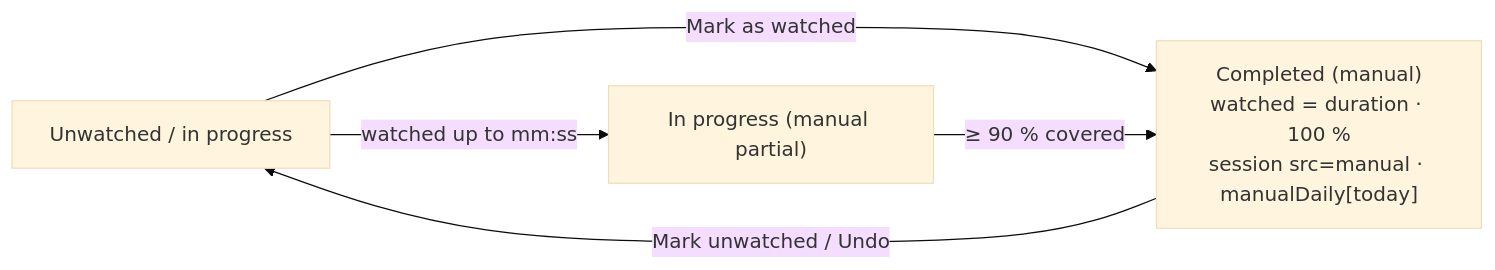
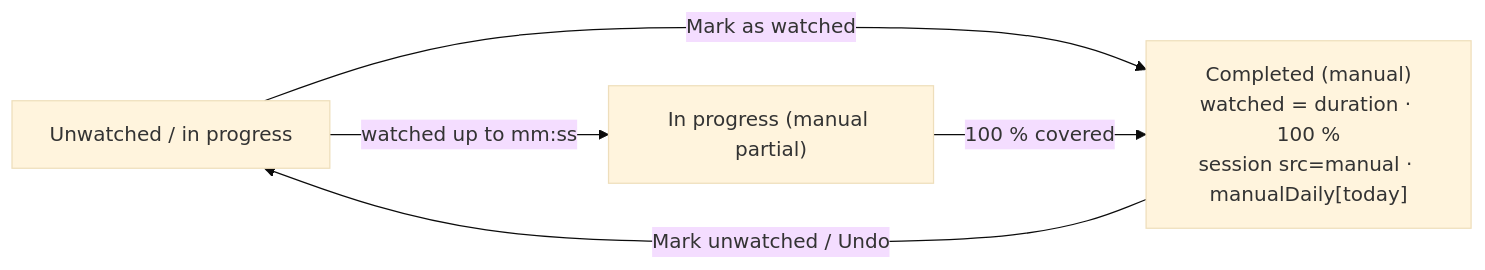
Diagram 14 of 17 in ai-safety-full-episodes/README.md (lo3elyon/ASI), drawn with Mermaid (base theme) before and after one commit. The commit also changed other lines of this file, not shown here.

````diff
--- a/ai-safety-full-episodes/README.md
+++ b/ai-safety-full-episodes/README.md
@@ -571,7 +601,7 @@
 ```mermaid
 flowchart LR
   A["Unwatched / in progress"] -->|"Mark as watched"| B["Completed (manual)<br/>watched = duration · 100 %<br/>session src=manual · manualDaily[today]"]
   B -->|"Mark unwatched / Undo"| A
   A -->|"watched up to mm:ss"| C["In progress (manual partial)"]
-  C -->|"≥ 90 % covered"| B
+  C -->|"100 % covered"| B
 ```
````
